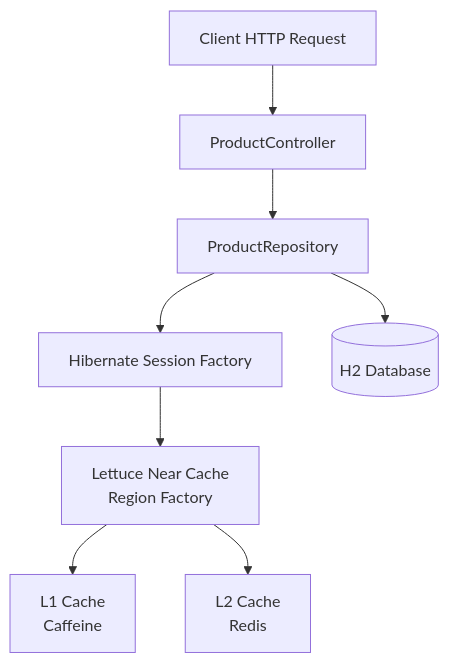
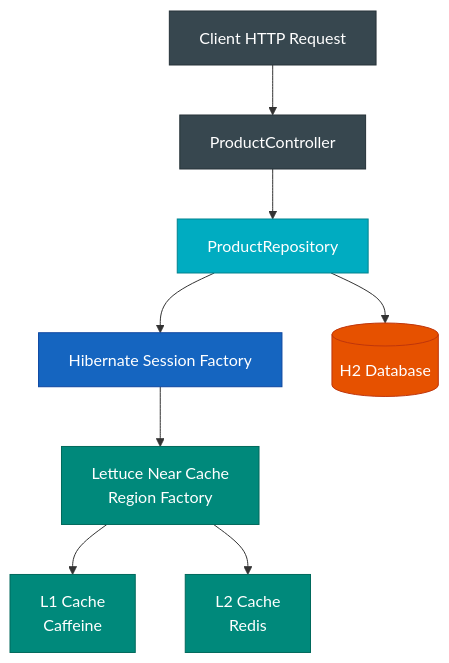
Before and after one commit to bluetape4k/bluetape4k-projects: the second of 2 diagrams in spring-boot4/hibernate-lettuce-demo/README.md, drawn with Mermaid. The commit also changed other lines of this file and 221 other files, not shown here.

First line of the commit message:
docs: 전체 모듈 README UML 다이어그램 보강 및 색상 업그레이드

````diff
--- a/spring-boot4/hibernate-lettuce-demo/README.md
+++ b/spring-boot4/hibernate-lettuce-demo/README.md
@@ -78,16 +84,29 @@
 ```mermaid
 flowchart TD
     Client["Client HTTP Request"]
     Controller["ProductController"]
     Repo["ProductRepository"]
     Hibernate["Hibernate Session Factory"]
     RegionFactory["Lettuce Near Cache<br/>Region Factory"]
     L1["L1 Cache<br/>Caffeine"]
     L2["L2 Cache<br/>Redis"]
     DB[("H2 Database")]
 
     Client --> Controller --> Repo --> Hibernate --> RegionFactory
     RegionFactory --> L1
     RegionFactory --> L2
     Repo --> DB
+
+    classDef clientStyle fill:#37474F,stroke:#263238,color:#FFFFFF
+    classDef controllerStyle fill:#37474F,stroke:#263238,color:#FFFFFF
+    classDef repoStyle fill:#00ACC1,stroke:#00838F,color:#FFFFFF
+    classDef hibernateStyle fill:#1565C0,stroke:#0D47A1,color:#FFFFFF
+    classDef cacheStyle fill:#00897B,stroke:#00695C,color:#FFFFFF
+    classDef dbStyle fill:#E65100,stroke:#BF360C,color:#FFFFFF
+
+    class Client,Controller clientStyle
+    class Repo repoStyle
+    class Hibernate hibernateStyle
+    class RegionFactory,L1,L2 cacheStyle
+    class DB dbStyle
 ```
````
